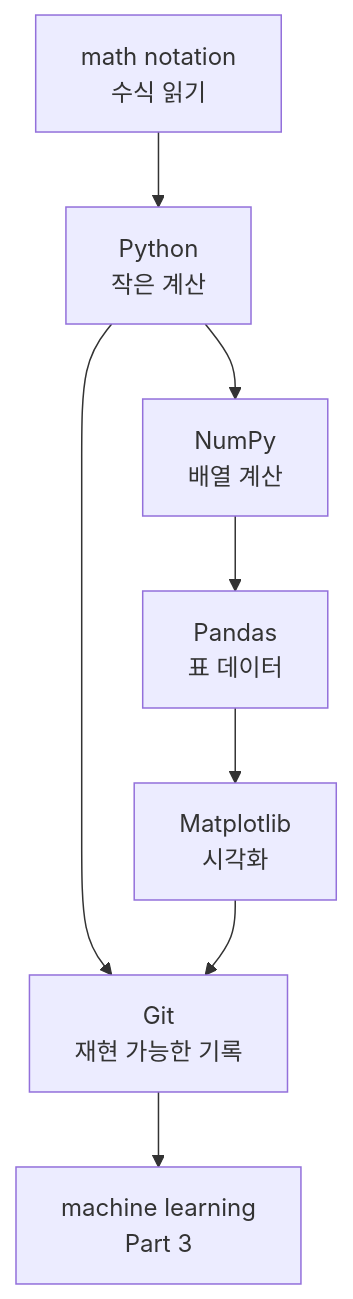
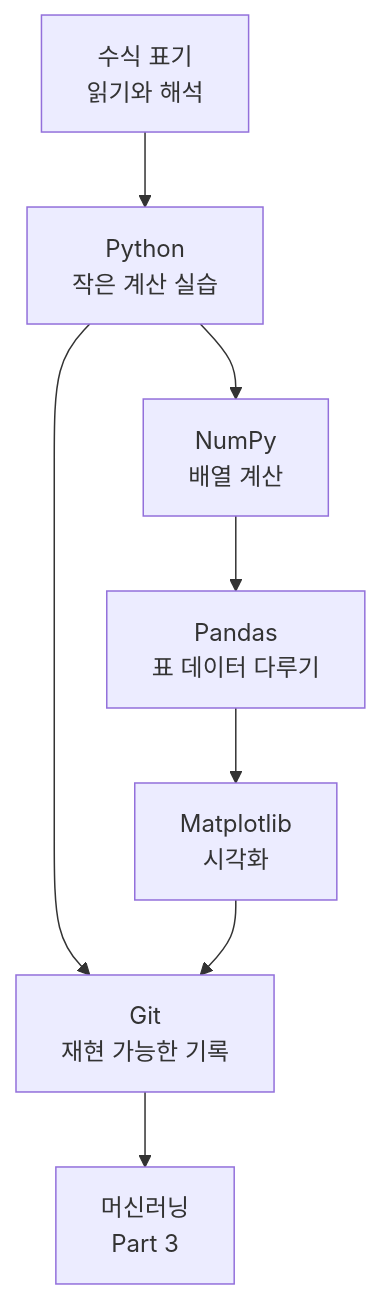
The first of 2 diagrams in docs/parts/part-02/chapter-15/section-02.md (devchan64/AiBook), drawn with Mermaid before and after one commit. The commit also changed other lines of this file and 17 other files, not shown here.

Commit message:
docs: localize more part 2 mermaid diagrams

````diff
--- a/docs/parts/part-02/chapter-15/section-02.md
+++ b/docs/parts/part-02/chapter-15/section-02.md
@@ -70,17 +70,17 @@
 ```mermaid
 flowchart TD
-  A["math notation<br/>수식 읽기"]
-  B["Python<br/>작은 계산"]
+  A["수식 표기<br/>읽기와 해석"]
+  B["Python<br/>작은 계산 실습"]
   C["NumPy<br/>배열 계산"]
-  D["Pandas<br/>표 데이터"]
+  D["Pandas<br/>표 데이터 다루기"]
   E["Matplotlib<br/>시각화"]
   F["Git<br/>재현 가능한 기록"]
-  G["machine learning<br/>Part 3"]
+  G["머신러닝<br/>Part 3"]
 
   A --> B --> C
   C --> D
   D --> E
   B --> F
   E --> F
   F --> G
 ```
````
